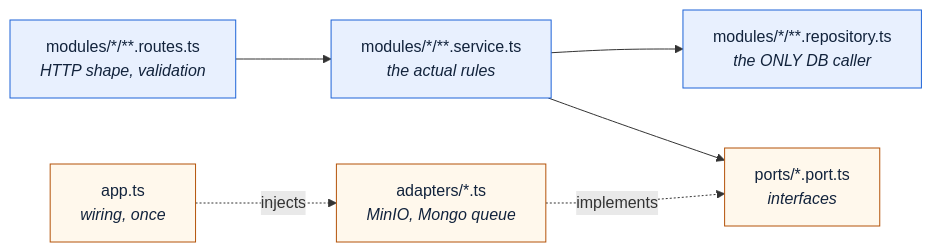
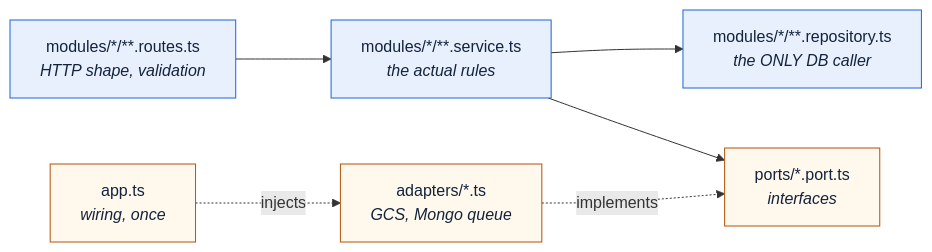
Before and after one commit to TORMomentum/Momentum: the third of 9 diagrams in docs/ARCHITECTURE.md, drawn with Mermaid. The commit also changed other lines of this file and 3 other files, not shown here.

````diff
--- a/docs/ARCHITECTURE.md
+++ b/docs/ARCHITECTURE.md
@@ -133,20 +136,20 @@
 ```mermaid
 flowchart LR
     routes["modules/*/**.routes.ts<br/><i>HTTP shape, validation</i>"]
     service["modules/*/**.service.ts<br/><i>the actual rules</i>"]
     repo["modules/*/**.repository.ts<br/><i>the ONLY DB caller</i>"]
     ports["ports/*.port.ts<br/><i>interfaces</i>"]
-    adapters["adapters/*.ts<br/><i>MinIO, Mongo queue</i>"]
+    adapters["adapters/*.ts<br/><i>GCS, Mongo queue</i>"]
     app["app.ts<br/><i>wiring, once</i>"]
 
     routes --> service
     service --> repo
     service --> ports
     app -.->|"injects"| adapters
     adapters -.->|"implements"| ports
 
     classDef mod fill:#e8f0fe,stroke:#1d63d8,color:#12233c
     classDef port fill:#fff8ec,stroke:#b45309,color:#12233c
     class routes,service,repo mod
     class ports,adapters,app port
 ```
````
